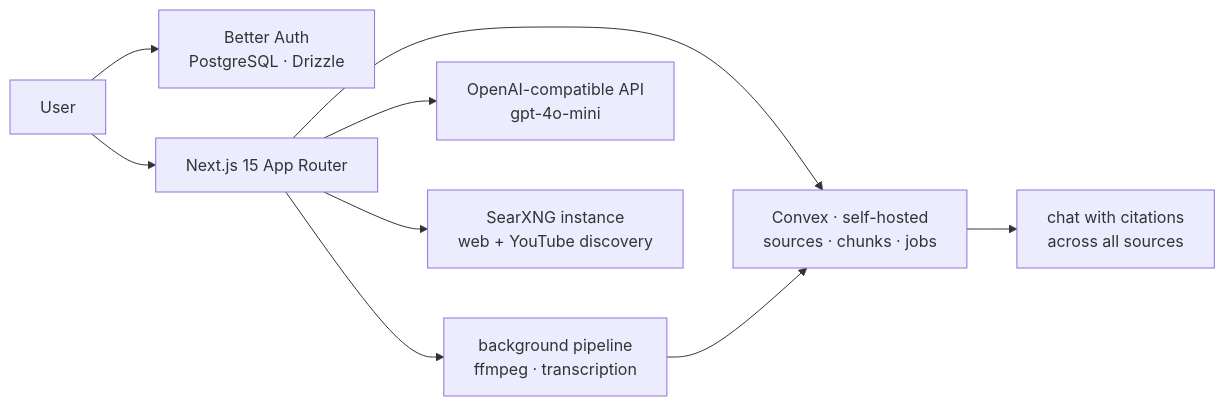
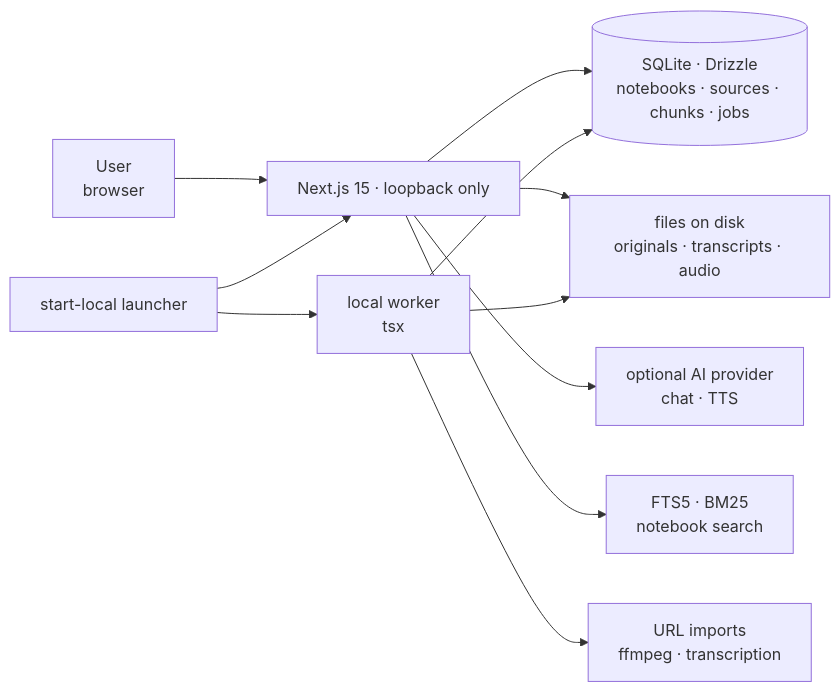
One commit to Gjusev/note-lm changed the diagram in README.md. Above: the diagram before and after it, drawn with Mermaid. The commit also changed other lines of this file and 5 other files, not shown here.

````diff
--- a/README.md
+++ b/README.md
@@ -31,11 +43,13 @@
 ```mermaid
 flowchart LR
-    U[User] --> AUTH[Better Auth<br/>PostgreSQL · Drizzle]
-    U --> APP[Next.js 15 App Router]
-    APP --> CVX[Convex · self-hosted<br/>sources · chunks · jobs]
-    APP --> BG[background pipeline<br/>ffmpeg · transcription]
-    BG --> CVX
-    APP --> LLM[OpenAI-compatible API<br/>gpt-4o-mini]
-    APP --> SEAR[SearXNG instance<br/>web + YouTube discovery]
-    CVX --> CHAT[chat with citations<br/>across all sources]
+    U[User<br/>browser] --> APP[Next.js 15 · loopback only]
+    LAU[start-local launcher] --> APP
+    LAU --> W[local worker<br/>tsx]
+    APP --> DB[(SQLite · Drizzle<br/>notebooks · sources · chunks · jobs)]
+    W --> DB
+    APP --> FS[files on disk<br/>originals · transcripts · audio]
+    W --> FS
+    W --> NET[URL imports<br/>ffmpeg · transcription]
+    APP --> LLM[optional AI provider<br/>chat · TTS]
+    APP --> FTS[FTS5 · BM25<br/>notebook search]
 ```
````
